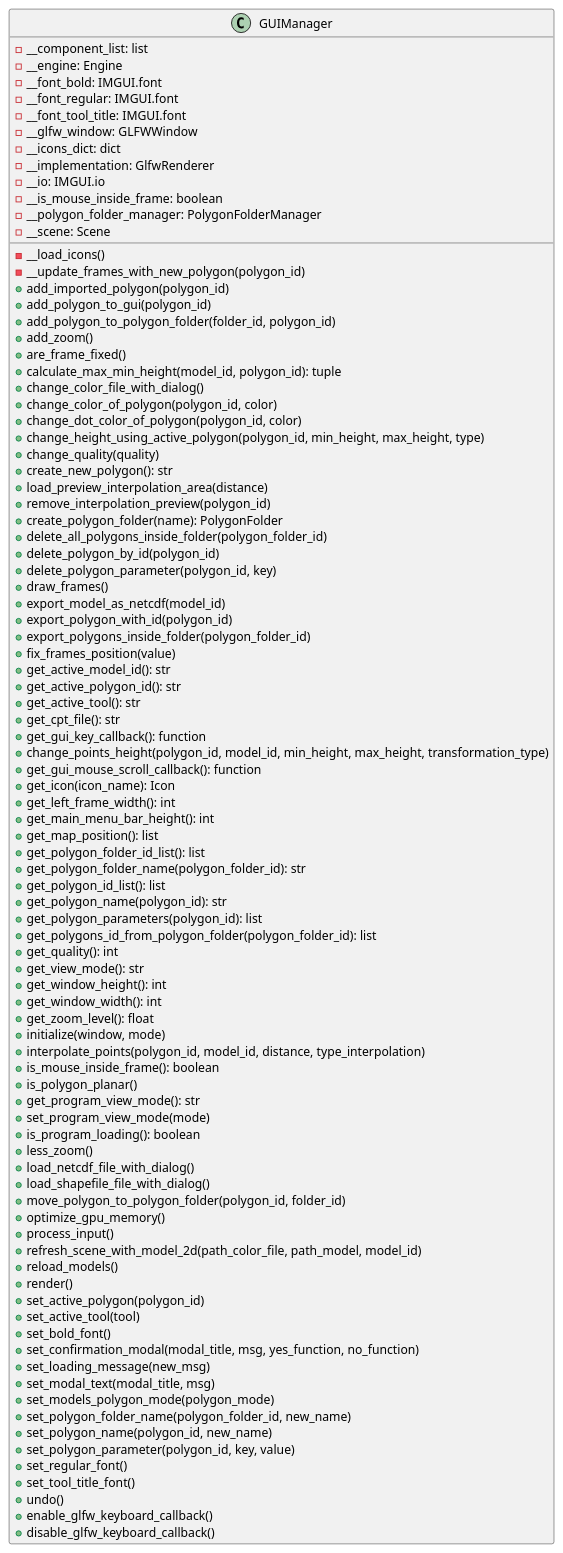
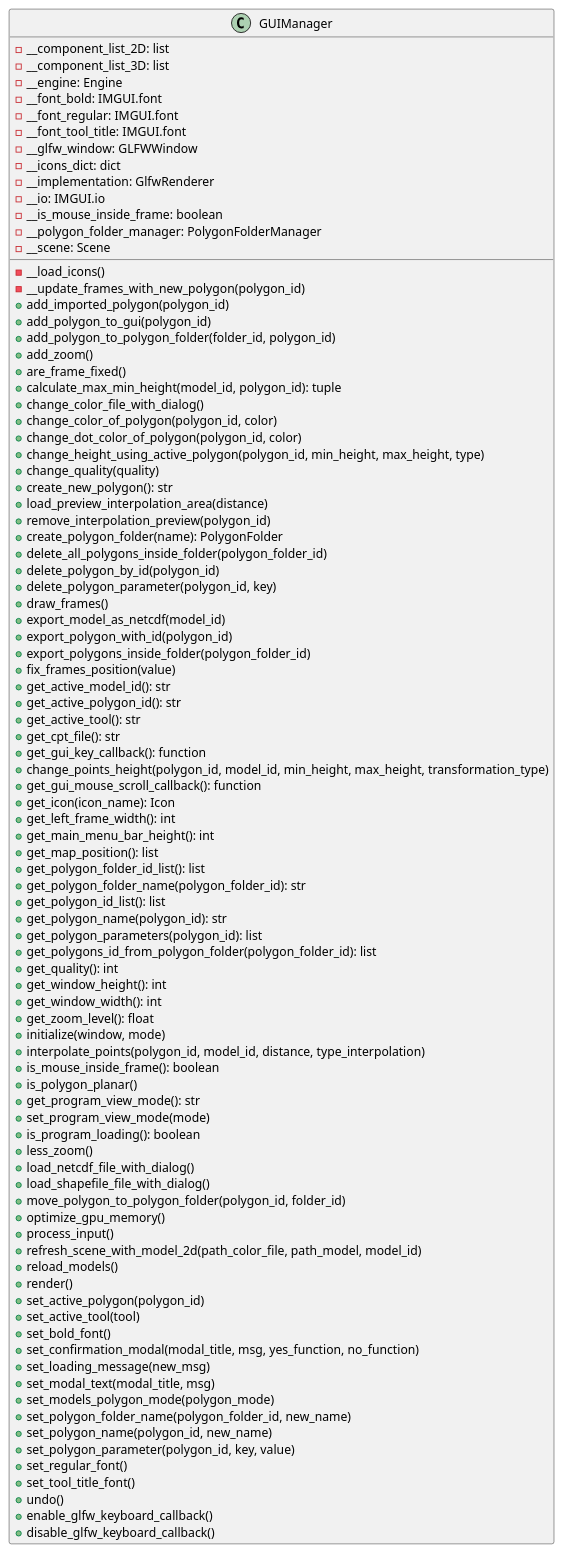
The diagram in docs/classes/GUIManager.puml (ferpoble2/Relief_Creator), drawn with PlantUML before and after one commit. The commit also changed 5 other files, not shown here.

```diff
--- a/docs/classes/GUIManager.puml
+++ b/docs/classes/GUIManager.puml
@@ -1,96 +1,96 @@
 @startuml
 'https://plantuml.com/class-diagram
 class GUIManager{
-    - __component_list: list
+    - __component_list_2D: list
+    - __component_list_3D: list
     - __engine: Engine
     - __font_bold: IMGUI.font
     - __font_regular: IMGUI.font
     - __font_tool_title: IMGUI.font
     - __glfw_window: GLFWWindow
     - __icons_dict: dict
     - __implementation: GlfwRenderer
     - __io: IMGUI.io
     - __is_mouse_inside_frame: boolean
     - __polygon_folder_manager: PolygonFolderManager
     - __scene: Scene
 
     - __load_icons()
     - __update_frames_with_new_polygon(polygon_id)
     + add_imported_polygon(polygon_id)
     + add_polygon_to_gui(polygon_id)
     + add_polygon_to_polygon_folder(folder_id, polygon_id)
     + add_zoom()
     + are_frame_fixed()
     + calculate_max_min_height(model_id, polygon_id): tuple
     + change_color_file_with_dialog()
     + change_color_of_polygon(polygon_id, color)
     + change_dot_color_of_polygon(polygon_id, color)
     + change_height_using_active_polygon(polygon_id, min_height, max_height, type)
     + change_quality(quality)
     + create_new_polygon(): str
     + load_preview_interpolation_area(distance)
     + remove_interpolation_preview(polygon_id)
     + create_polygon_folder(name): PolygonFolder
     + delete_all_polygons_inside_folder(polygon_folder_id)
     + delete_polygon_by_id(polygon_id)
     + delete_polygon_parameter(polygon_id, key)
     + draw_frames()
     + export_model_as_netcdf(model_id)
     + export_polygon_with_id(polygon_id)
     + export_polygons_inside_folder(polygon_folder_id)
     + fix_frames_position(value)
     + get_active_model_id(): str
     + get_active_polygon_id(): str
     + get_active_tool(): str
     + get_cpt_file(): str
     + get_gui_key_callback(): function
     + change_points_height(polygon_id, model_id, min_height, max_height, transformation_type)
     + get_gui_mouse_scroll_callback(): function
     + get_icon(icon_name): Icon
     + get_left_frame_width(): int
     + get_main_menu_bar_height(): int
     + get_map_position(): list
     + get_polygon_folder_id_list(): list
     + get_polygon_folder_name(polygon_folder_id): str
     + get_polygon_id_list(): list
     + get_polygon_name(polygon_id): str
     + get_polygon_parameters(polygon_id): list
     + get_polygons_id_from_polygon_folder(polygon_folder_id): list
     + get_quality(): int
-    + get_view_mode(): str
     + get_window_height(): int
     + get_window_width(): int
     + get_zoom_level(): float
     + initialize(window, mode)
     + interpolate_points(polygon_id, model_id, distance, type_interpolation)
     + is_mouse_inside_frame(): boolean
     + is_polygon_planar()
     + get_program_view_mode(): str
     + set_program_view_mode(mode)
     + is_program_loading(): boolean
     + less_zoom()
     + load_netcdf_file_with_dialog()
     + load_shapefile_file_with_dialog()
     + move_polygon_to_polygon_folder(polygon_id, folder_id)
     + optimize_gpu_memory()
     + process_input()
     + refresh_scene_with_model_2d(path_color_file, path_model, model_id)
     + reload_models()
     + render()
     + set_active_polygon(polygon_id)
     + set_active_tool(tool)
     + set_bold_font()
     + set_confirmation_modal(modal_title, msg, yes_function, no_function)
     + set_loading_message(new_msg)
     + set_modal_text(modal_title, msg)
     + set_models_polygon_mode(polygon_mode)
     + set_polygon_folder_name(polygon_folder_id, new_name)
     + set_polygon_name(polygon_id, new_name)
     + set_polygon_parameter(polygon_id, key, value)
     + set_regular_font()
     + set_tool_title_font()
     + undo()
     + enable_glfw_keyboard_callback()
     + disable_glfw_keyboard_callback()
 }
 @enduml
```
